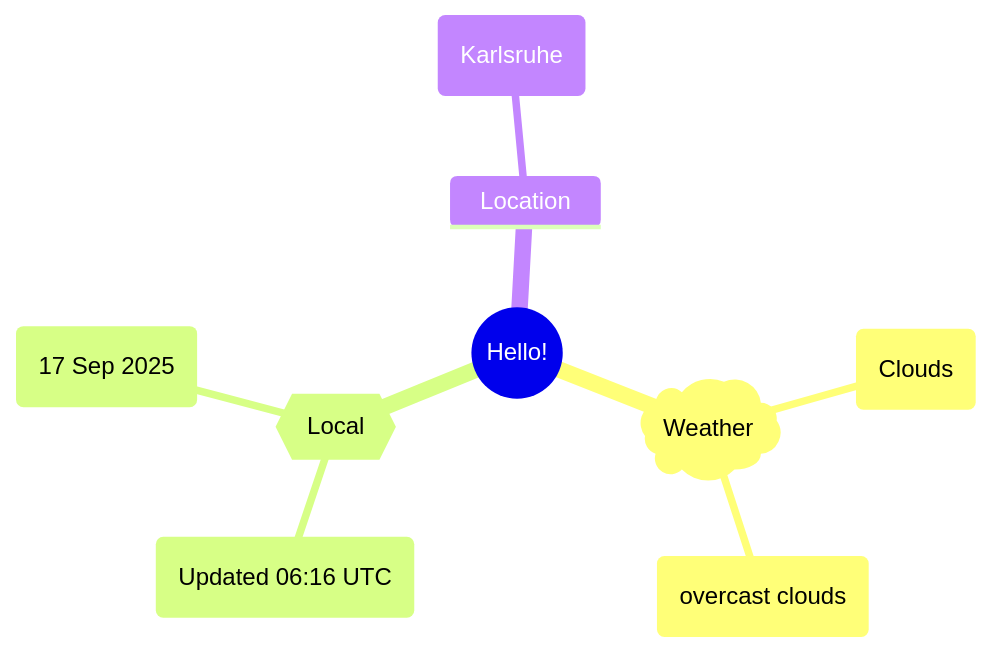
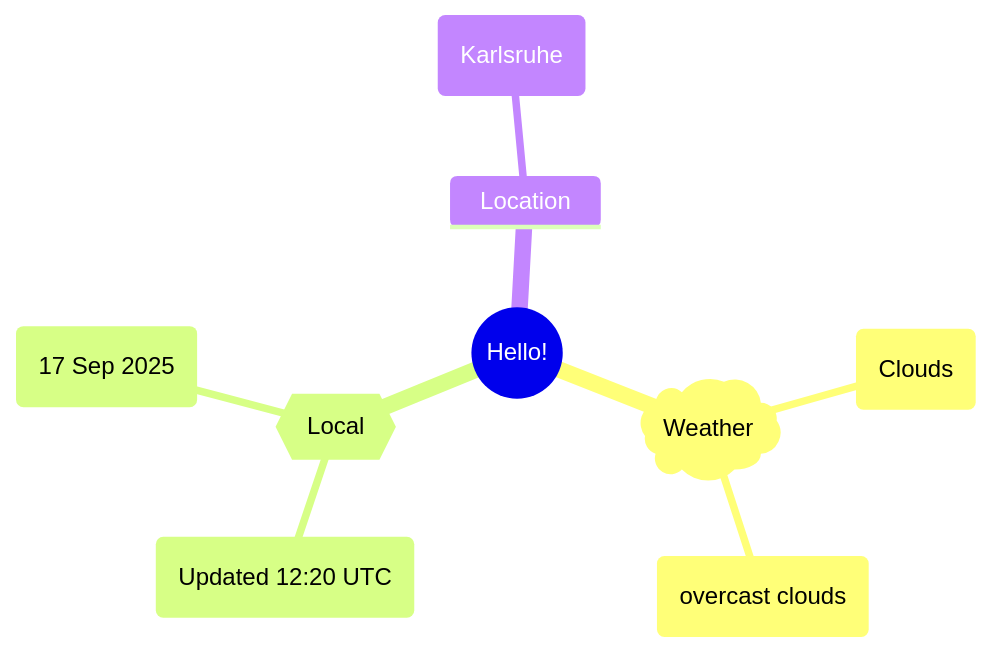
One commit to Xosrov/Xosrov changed the first of 2 diagrams in README.md. Above: the diagram before and after it, drawn with Mermaid.

Commit message:
[bot] updated images

````diff
--- a/README.md
+++ b/README.md
@@ -3,12 +3,12 @@
 ```mermaid
 mindmap
   root((Hello!))
     )Weather(
         (Clouds)
         (overcast clouds)
     {{Local}}
-        (Updated 06:16 UTC)
+        (Updated 12:20 UTC)
         (17 Sep 2025)
     Location
         (Karlsruhe)
 ```
````
